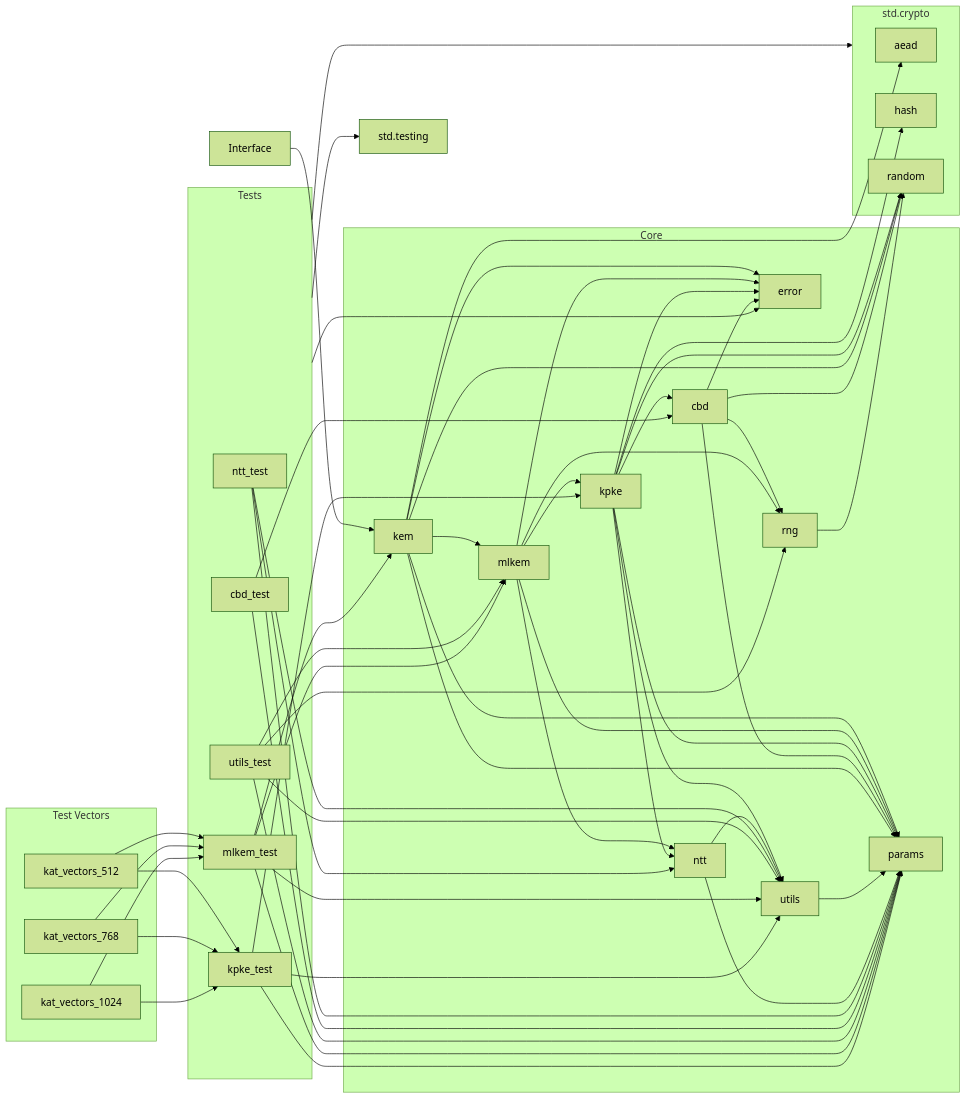
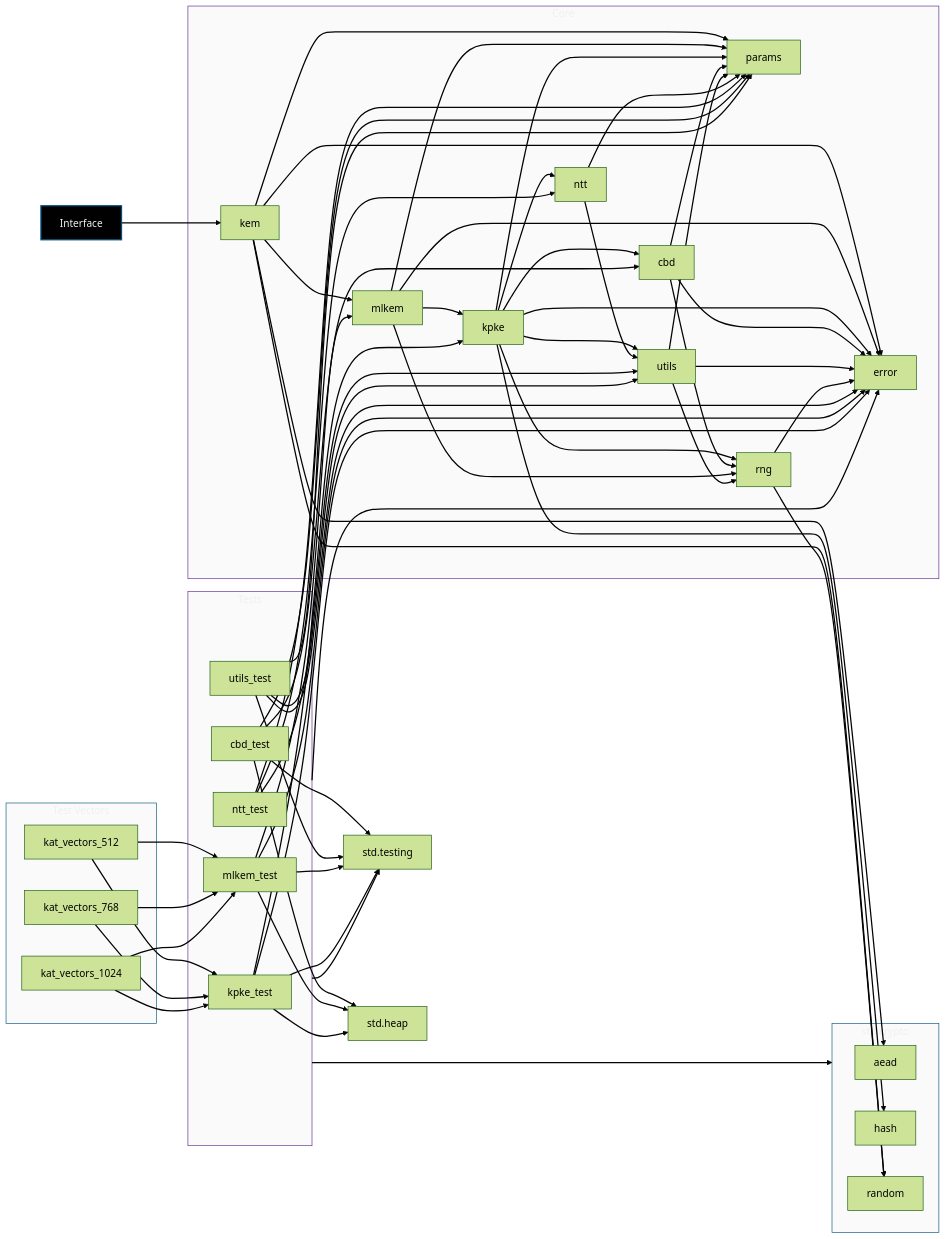
Before and after one commit to nshkrdotcom/zips: the diagram in README.md, drawn with Mermaid (forest theme). The commit also changed 6 other files, not shown here.

Commit message:
clean up deps and dep graph

````diff
--- a/README.md
+++ b/README.md
@@ -76,6 +76,6 @@
 ```mermaid
 graph LR
-    subgraph TV["Test Vectors"]
+    subgraph TV["Test Vectors"]
         kat_vectors_512
         kat_vectors_768
         kat_vectors_1024
@@ -110,29 +110,29 @@
     kem --> mlkem
     kem --> params
     mlkem --> kpke
-    mlkem --> ntt
-    mlkem --> params
+    mlkem --> params  
     kpke --> ntt
     kpke --> cbd
     kpke --> utils
     kpke --> params
-    kpke --> random
+    kpke --> rng
+    kpke --> hash
     cbd --> rng
     cbd --> params
     mlkem --> rng
     kem --> aead
     kem --> random
-    kem --> params
-    kpke --> hash
-    cbd --> random
-    rng --> random
     kem --> error
     mlkem --> error
     kpke --> error
     cbd --> error
     utils --> params
+    utils --> rng  
+    utils --> error
     ntt --> params
     ntt --> utils
+    rng --> random
+    rng --> error
 
 
     example["Interface"] --> kem
@@ -142,17 +142,20 @@
     ntt_test --> params
     cbd_test --> cbd
     cbd_test --> params
+    cbd_test --> std.testing
+    cbd_test --> std.heap
     utils_test --> params
     utils_test --> utils
-    utils_test --> mlkem
-    utils_test --> rng
+    utils_test --> error
+    utils_test --> std.testing
     mlkem_test --> mlkem
-    mlkem_test --> kem
-    mlkem_test --> utils
-    mlkem_test --> params
+    mlkem_test --> std.heap
+    mlkem_test --> std.testing
+    mlkem_test --> error
     kpke_test --> kpke
-    kpke_test --> utils
-    kpke_test --> params
+    kpke_test --> std.testing
+    kpke_test --> std.heap
+    kpke_test --> error
     Tests --> std.testing
     Tests --> SC
     Tests --> error
@@ -163,4 +166,12 @@
     kat_vectors_768 --> kpke_test
     kat_vectors_1024 --> mlkem_test
     kat_vectors_1024 --> kpke_test
+
+    style example fill:#010101,stroke:#00527C,stroke-width:2px,color:#f0f0f0
+    style Tests fill:#fafafa,stroke:#5C258D,stroke-width:1px,color:#f0f0f0
+    style Core fill:#fafafa,stroke:#5C258D,stroke-width:1px, color:#f0f0f0
+    style SC fill:#fafafa,stroke:#00527C,stroke-width:1px,color:#f0f0f0
+    style TV fill:#fafafa,stroke:#00527c,stroke-width:1px,color:#f0f0f0
+
+    linkStyle default stroke-width:2px,stroke:#030303
 ```
````
